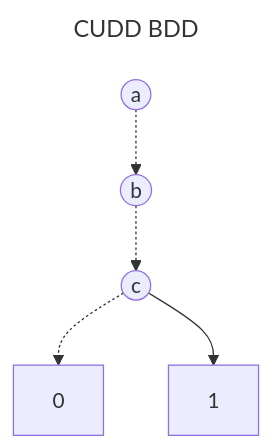
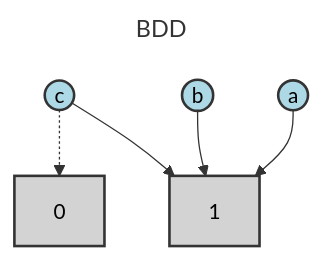
Before and after one commit to Alan-Jowett/bdd_test: the second of 2 diagrams in test_expressions/cudd_reference_outputs/my_test_expression_analysis.md, drawn with Mermaid. The commit also changed other lines of this file and 13 other files, not shown here.

````diff
--- a/test_expressions/cudd_reference_outputs/my_test_expression_analysis.md
+++ b/test_expressions/cudd_reference_outputs/my_test_expression_analysis.md
@@ -49,22 +49,25 @@
 ```mermaid
 ---
-title: CUDD BDD
+title: BDD
 ---
 flowchart TD
-    N0(("a"))
-    N1(("b"))
+    N0["0"]
+    N1["1"]
     N2(("c"))
-    N3["0"]
-    N4["1"]
+    N3(("b"))
+    N4(("a"))
 
-    N0 -.-> N1
-    N1 -.-> N2
-    N2 -.-> N3
-    N2 --> N4
+    N2 -.-> N0
+    N2 --> N1
+    N3 --> N1
+    N4 --> N1
 
-    class N0 default
-    class N1 default
-    class N2 default
-    class N3 default
-    class N4 default
+    class N0 terminal
+    class N1 terminal
+    class N2 bddVariable
+    class N3 bddVariable
+    class N4 bddVariable
+
+    classDef bddVariable fill:lightblue,stroke:#333,stroke-width:2px,color:#000
+    classDef terminal fill:lightgray,stroke:#333,stroke-width:2px,color:#000
 ```
````
